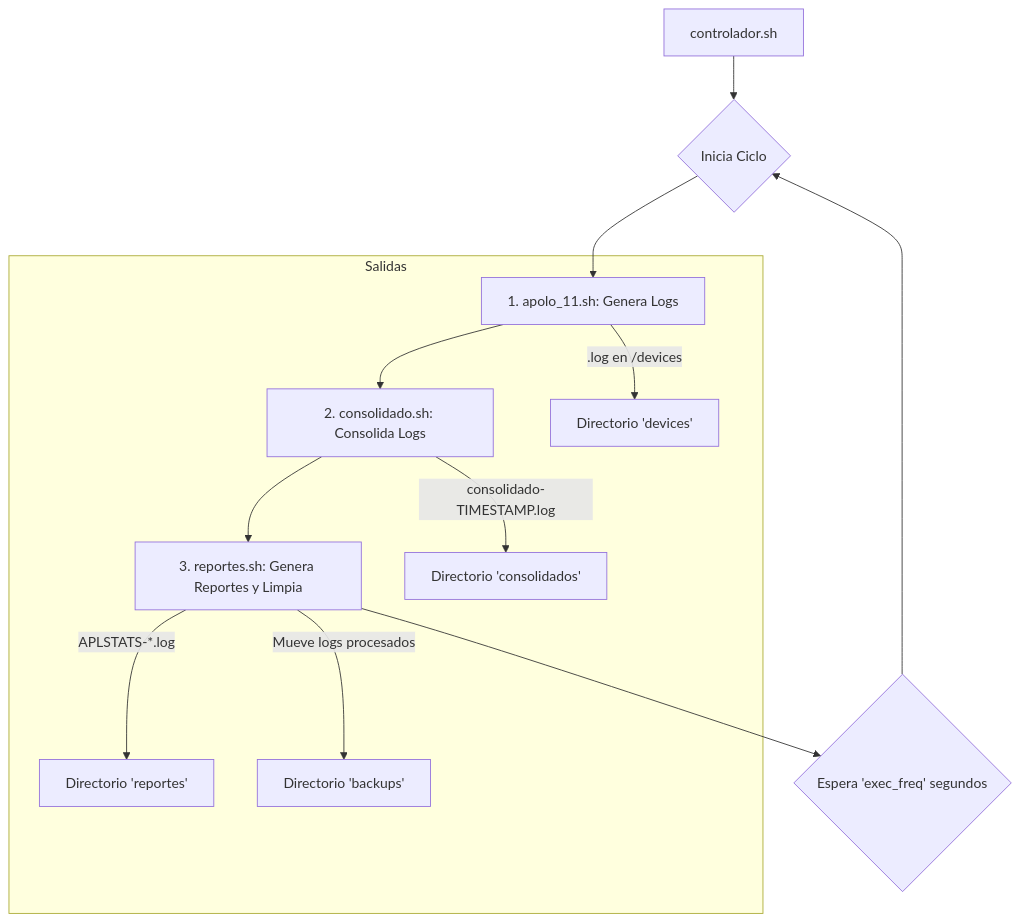
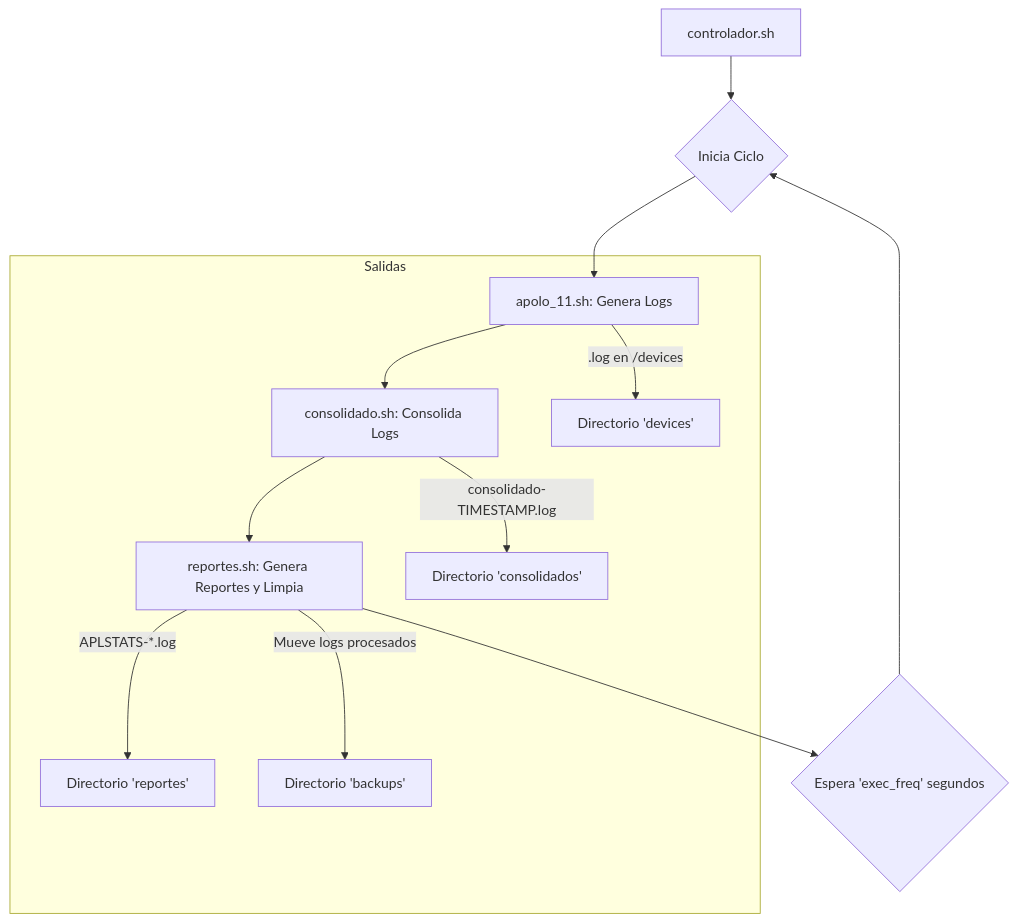
One commit to SeleneSV/big-data-UNAL changed the diagram in solucion1/README.md. Above: the diagram before and after it, drawn with Mermaid.

Commit message:
Update readme solucion1 mermaid diagram

````diff
--- a/solucion1/README.md
+++ b/solucion1/README.md
@@ -33,16 +33,16 @@
 ```mermaid
 graph TD
     A[controlador.sh] --> B{Inicia Ciclo};
-    B --> C[1. apolo_11.sh: Genera Logs];
-    C --> D[2. consolidado.sh: Consolida Logs];
-    D --> E[3. reportes.sh: Genera Reportes y Limpia];
+    B --> C[apolo_11.sh: Genera Logs];
+    C --> D[consolidado.sh: Consolida Logs];
+    D --> E[reportes.sh: Genera Reportes y Limpia];
     E --> F{Espera 'exec_freq' segundos};
     F --> B;
 
     subgraph "Salidas"
         C -- ".log en /devices" --> G[Directorio 'devices'];
         D -- "consolidado-TIMESTAMP.log" --> H[Directorio 'consolidados'];
         E -- "APLSTATS-*.log" --> I[Directorio 'reportes'];
         E -- "Mueve logs procesados" --> J[Directorio 'backups'];
     end
 ```
````
